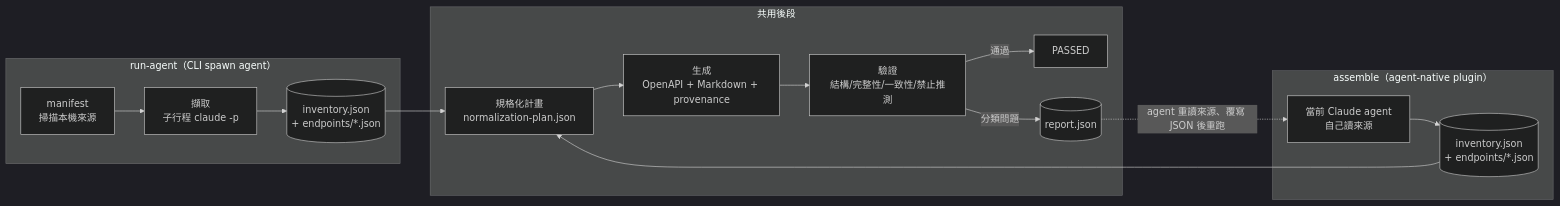
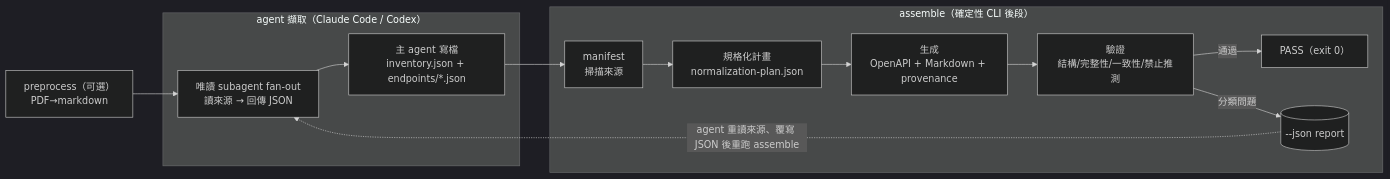
The first of 2 diagrams in docs/ARCHITECTURE.md (CarlLee1983/loop-apidoc), drawn with Mermaid (dark theme) before and after one commit. The commit also changed other lines of this file and 6 other files, not shown here.

First line of the commit message:
docs: 文件全面同步現況——單一 agent-native 模式 + Codex 雙棲,並重寫兩份 HTML 手冊

````diff
--- a/docs/ARCHITECTURE.md
+++ b/docs/ARCHITECTURE.md
@@ -20,23 +24,19 @@
 ```mermaid
 flowchart LR
-    subgraph RA["run-agent（CLI spawn agent）"]
-        RA_M[manifest<br/>掃描本機來源] --> RA_E[擷取<br/>子行程 claude -p]
-        RA_E --> RA_X[(inventory.json<br/>+ endpoints/*.json)]
+    PRE["preprocess（可選）<br/>PDF→markdown"] --> EX
+
+    subgraph AGENT["agent 擷取（Claude Code / Codex）"]
+        EX["唯讀 subagent fan-out<br/>讀來源 → 回傳 JSON"] --> WR["主 agent 寫檔<br/>inventory.json + endpoints/*.json"]
     end
 
-    subgraph AS["assemble（agent-native plugin）"]
-        AS_AG[當前 Claude agent<br/>自己讀來源] --> AS_X[(inventory.json<br/>+ endpoints/*.json)]
+    subgraph CLI["assemble（確定性 CLI 後段）"]
+        M["manifest<br/>掃描來源"] --> P["規格化計畫<br/>normalization-plan.json"]
+        P --> G["生成<br/>OpenAPI + Markdown + provenance"]
+        G --> V["驗證<br/>結構/完整性/一致性/禁止推測"]
+        V -->|通過| OK["PASS（exit 0）"]
+        V -->|分類問題| R[("--json report")]
     end
 
-    subgraph SHARED["共用後段"]
-        P[規格化計畫<br/>normalization-plan.json]
-        P --> G[生成<br/>OpenAPI + Markdown + provenance]
-        G --> V[驗證<br/>結構/完整性/一致性/禁止推測]
-        V -->|通過| OK[PASSED]
-        V -->|分類問題| R[(report.json)]
-    end
-
-    RA_X --> P
-    AS_X --> P
-    R -.agent 重讀來源、覆寫 JSON 後重跑.-> AS_AG
+    WR --> M
+    R -.agent 重讀來源、覆寫 JSON 後重跑 assemble.-> EX
 ```
````
